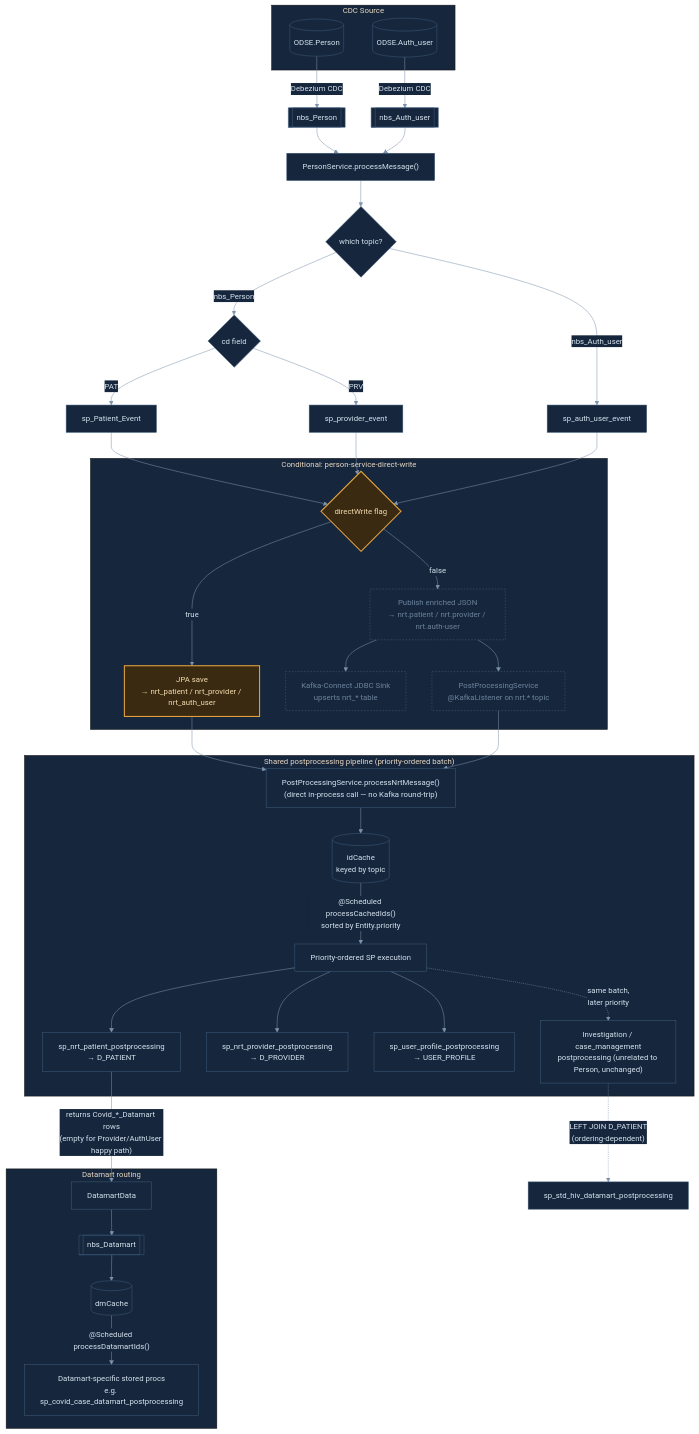
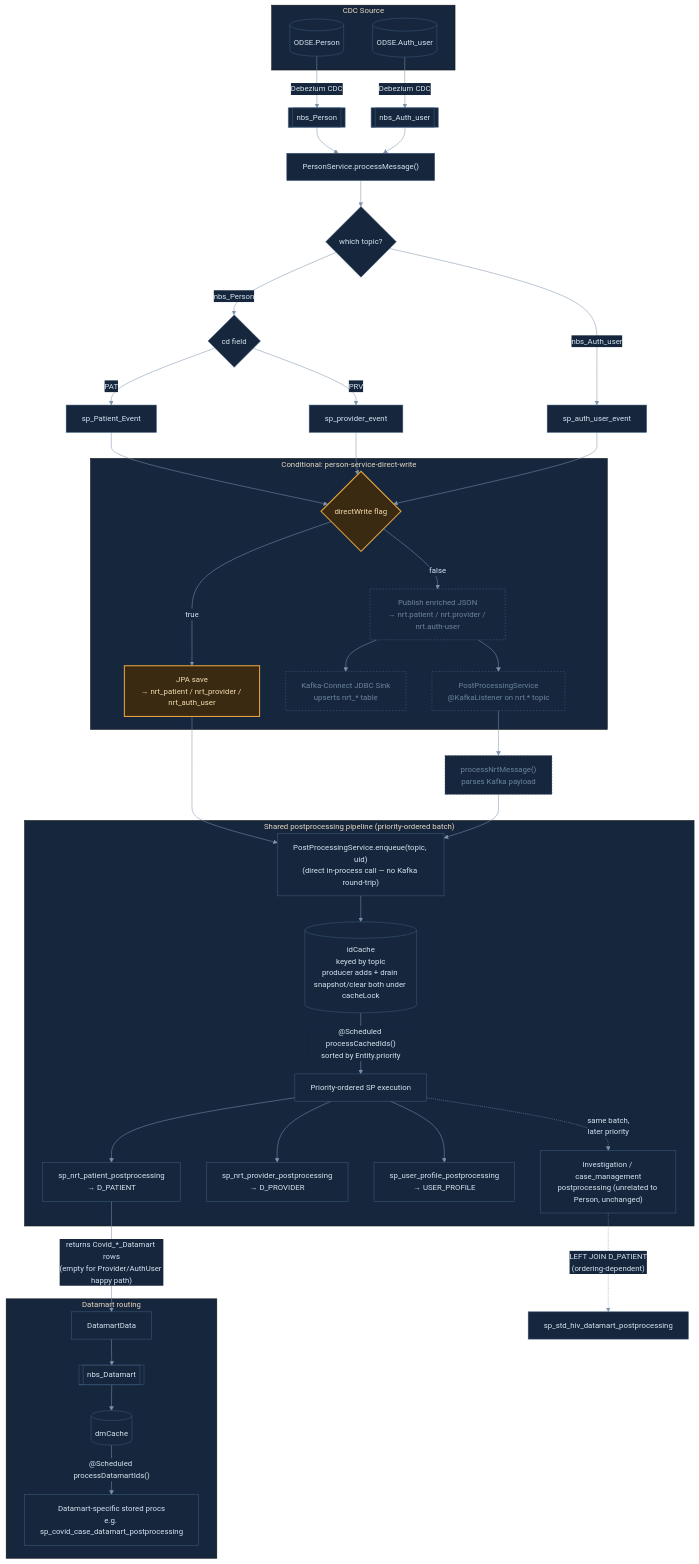
Before and after one commit to CDCgov/NEDSS-DataReporting: the diagram in reporting-pipeline-service/src/main/java/gov/cdc/nbs/report/pipeline/person/ARCHITECTURE.md, drawn with Mermaid. The commit also changed other lines of this file, not shown here.

First line of the commit message:
Update ARCHITECTURE.md for the enqueue()/cacheLock concurrency fix

````diff
--- a/reporting-pipeline-service/src/main/java/gov/cdc/nbs/report/pipeline/person/ARCHITECTURE.md
+++ b/reporting-pipeline-service/src/main/java/gov/cdc/nbs/report/pipeline/person/ARCHITECTURE.md
@@ -7,69 +7,70 @@
 ```mermaid
 %%{init: {'theme': 'base', 'themeVariables': {
   'primaryColor': '#16273d',
   'primaryTextColor': '#d7e3f0',
   'primaryBorderColor': '#3d5a7a',
   'lineColor': '#7d93ad',
   'secondaryColor': '#16273d',
   'tertiaryColor': '#16273d',
   'fontFamily': 'ui-monospace, SFMono-Regular, Consolas, monospace',
   'fontSize': '15px'
 }}}%%
 flowchart TD
     subgraph SRC["CDC Source"]
         ODSEPerson[(ODSE.Person)]
         ODSEAuthUser[(ODSE.Auth_user)]
     end
 
     ODSEPerson -->|Debezium CDC| TopicPerson[["nbs_Person"]]
     ODSEAuthUser -->|Debezium CDC| TopicAuthUser[["nbs_Auth_user"]]
 
     TopicPerson --> PS["PersonService.processMessage()"]
     TopicAuthUser --> PS
 
     PS --> TopicSwitch{"which topic?"}
     TopicSwitch -->|nbs_Person| CdSwitch{"cd field"}
     TopicSwitch -->|nbs_Auth_user| ComputeAuthUser["sp_auth_user_event"]
 
     CdSwitch -->|PAT| ComputePatient["sp_Patient_Event"]
     CdSwitch -->|PRV| ComputeProvider["sp_provider_event"]
 
     subgraph DIRECTWRITE["Conditional: person-service-direct-write"]
         DW{"directWrite flag"}
         DW -->|true| JpaSave["JPA save<br/>→ nrt_patient / nrt_provider / nrt_auth_user"]
         DW -->|false| KafkaPublish["Publish enriched JSON<br/>→ nrt.patient / nrt.provider / nrt.auth-user"]
         KafkaPublish --> KafkaConnect["Kafka-Connect JDBC Sink<br/>upserts nrt_* table"]
         KafkaPublish --> PPListener["PostProcessingService<br/>@KafkaListener on nrt.* topic"]
     end
 
     ComputePatient --> DW
     ComputeProvider --> DW
     ComputeAuthUser --> DW
 
-    JpaSave --> PPCall["PostProcessingService.processNrtMessage()<br/>(direct in-process call — no Kafka round-trip)"]
-    PPListener --> PPCall
+    JpaSave --> Enqueue["PostProcessingService.enqueue(topic, uid)<br/>(direct in-process call — no Kafka round-trip)"]
+    PPListener --> ProcessNrt["processNrtMessage()<br/>parses Kafka payload"]
+    ProcessNrt --> Enqueue
 
     subgraph POSTPROC["Shared postprocessing pipeline (priority-ordered batch)"]
-        PPCall --> IdCache[("idCache<br/>keyed by topic")]
+        Enqueue --> IdCache[("idCache<br/>keyed by topic<br/>producer adds + drain snapshot/clear both under cacheLock")]
         IdCache -->|"@Scheduled processCachedIds()<br/>sorted by Entity.priority"| Drain["Priority-ordered SP execution"]
         Drain --> PatientSP["sp_nrt_patient_postprocessing<br/>→ D_PATIENT"]
         Drain --> ProviderSP["sp_nrt_provider_postprocessing<br/>→ D_PROVIDER"]
         Drain --> AuthUserSP["sp_user_profile_postprocessing<br/>→ USER_PROFILE"]
         Drain -.->|"same batch,<br/>later priority"| InvSP["Investigation / case_management<br/>postprocessing (unrelated to Person, unchanged)"]
     end
 
     PatientSP -->|"returns Covid_*_Datamart rows<br/>(empty for Provider/AuthUser happy path)"| DmData["DatamartData"]
 
     subgraph DATAMART["Datamart routing"]
         DmData --> DatamartTopic[["nbs_Datamart"]]
         DatamartTopic --> DmCache[("dmCache")]
         DmCache -->|"@Scheduled processDatamartIds()"| DatamartSP["Datamart-specific stored procs<br/>e.g. sp_covid_case_datamart_postprocessing"]
     end
 
     InvSP -.->|"LEFT JOIN D_PATIENT<br/>(ordering-dependent)"| DatamartSP2["sp_std_hiv_datamart_postprocessing"]
 
     classDef highlight fill:#3a2a12,stroke:#e7a53d,color:#f4dcae,stroke-width:2px;
     classDef muted fill:#16273d,stroke:#48607e,color:#6c839c,stroke-dasharray: 3 3;
     class DW,JpaSave highlight;
-    class KafkaPublish,KafkaConnect,PPListener muted;
+    class KafkaPublish,KafkaConnect,PPListener,ProcessNrt muted;
 ```
````
